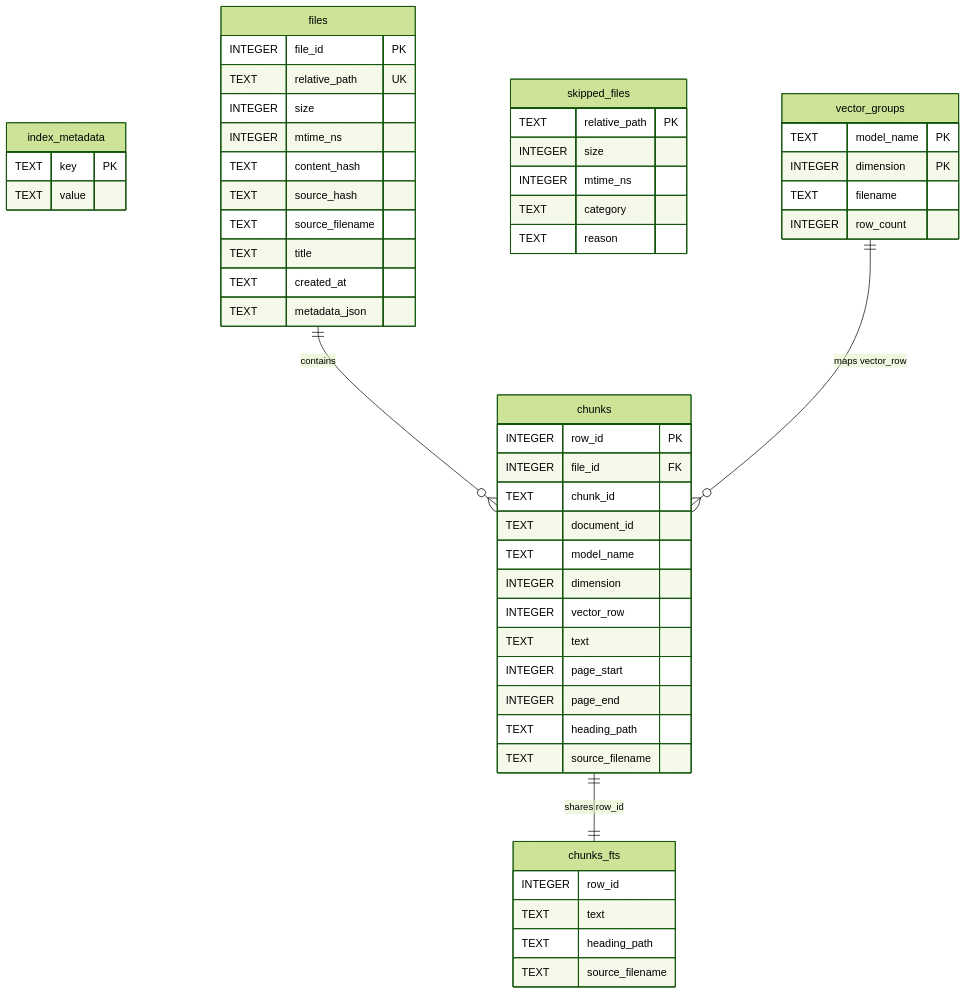
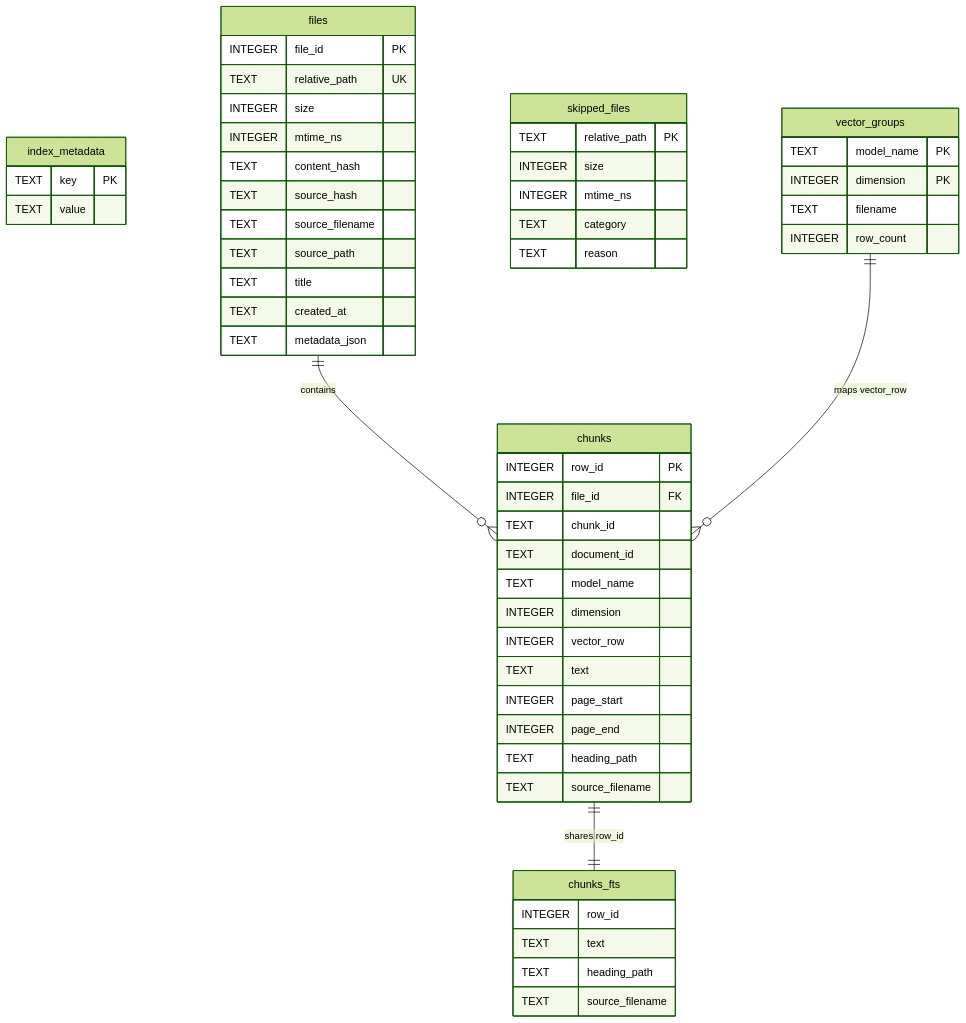
Before and after one commit to dkylewillis/vera: the second of 3 diagrams in docs/library-index-structure.md, drawn with Mermaid (forest theme). The commit also changed other lines of this file and 105 other files, not shown here.

````diff
--- a/docs/library-index-structure.md
+++ b/docs/library-index-structure.md
@@ -41,61 +48,62 @@
 ```mermaid
 erDiagram
     index_metadata {
         TEXT key PK
         TEXT value
     }
 
     files {
         INTEGER file_id PK
         TEXT relative_path UK
         INTEGER size
         INTEGER mtime_ns
         TEXT content_hash
         TEXT source_hash
         TEXT source_filename
+        TEXT source_path
         TEXT title
         TEXT created_at
         TEXT metadata_json
     }
 
     skipped_files {
         TEXT relative_path PK
         INTEGER size
         INTEGER mtime_ns
         TEXT category
         TEXT reason
     }
 
     chunks {
         INTEGER row_id PK
         INTEGER file_id FK
         TEXT chunk_id
         TEXT document_id
         TEXT model_name
         INTEGER dimension
         INTEGER vector_row
         TEXT text
         INTEGER page_start
         INTEGER page_end
         TEXT heading_path
         TEXT source_filename
     }
 
     chunks_fts {
         INTEGER row_id
         TEXT text
         TEXT heading_path
         TEXT source_filename
     }
 
     vector_groups {
         TEXT model_name PK
         INTEGER dimension PK
         TEXT filename
         INTEGER row_count
     }
 
     files ||--o{ chunks : contains
     chunks ||--|| chunks_fts : "shares row_id"
     vector_groups ||--o{ chunks : "maps vector_row"
 ```
````
